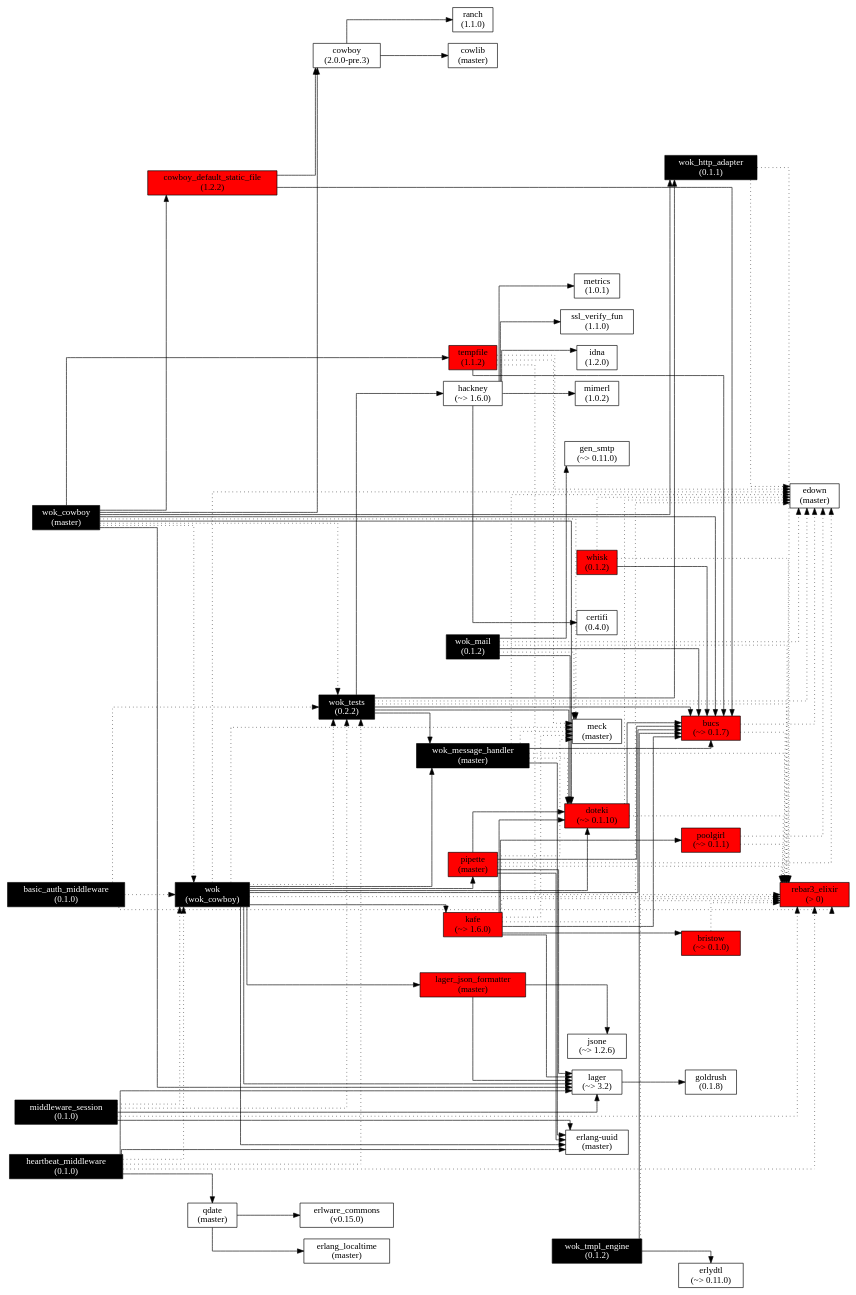
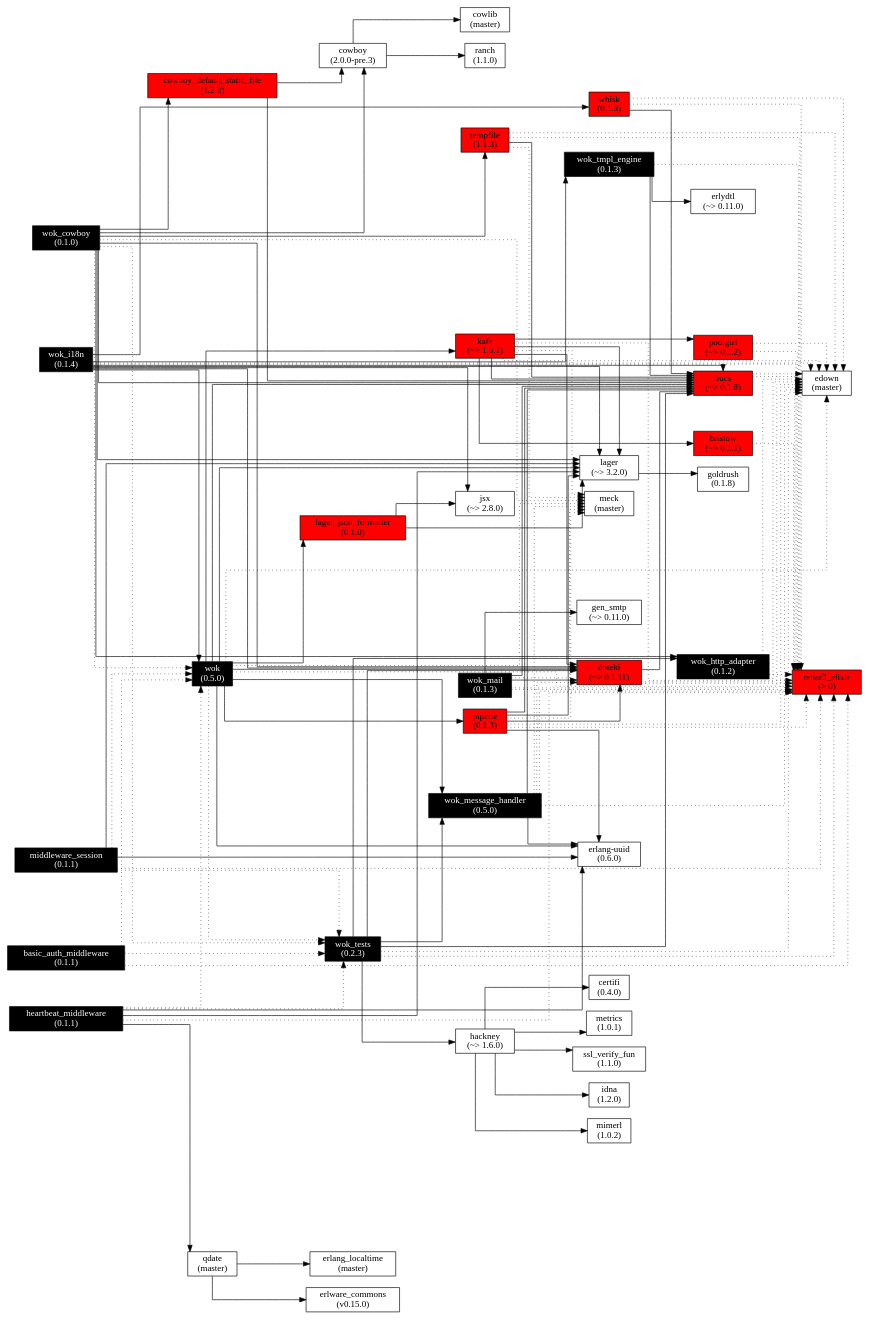
One commit to botsunit/wok changed the diagram in images/wok.deps.gv. Above: the diagram before and after it, drawn with Graphviz. The commit also changed 2 other files, not shown here.

Commit message:
Update deps graph

```diff
--- a/images/wok.deps.gv
+++ b/images/wok.deps.gv
@@ -1,191 +1,191 @@
 digraph wok_deps {
   node[shape=box];
   graph[
     remincross=true;
     splines=ortho;
     rankdir=LR;
   ]
 
-  wok[label="wok\n(wok_cowboy)", fontcolor="white", style="filled", fillcolor="black"];
-  lager[label="lager\n(~> 3.2)"];
-  lager_json_formatter[label="lager_json_formatter\n(master)", style="filled", fillcolor="red"];
-  wok_http_adapter[label="wok_http_adapter\n(0.1.1)", fontcolor="white", style="filled", fillcolor="black"];
-  wok_message_handler[label="wok_message_handler\n(master)", fontcolor="white", style="filled", fillcolor="black"];
-  pipette[label="pipette\n(master)", style="filled", fillcolor="red"];
-  kafe[label="kafe\n(~> 1.6.0)", style="filled", fillcolor="red"];
+  bristow[label="bristow\n(~> 0.1.1)", style="filled", fillcolor="red"];
+  poolgirl[label="poolgirl\n(~> 0.1.2)", style="filled", fillcolor="red"];
+  bucs[label="bucs\n(~> 0.1.8)", style="filled", fillcolor="red"];
+  wok_http_adapter[label="wok_http_adapter\n(0.1.2)", fontcolor="white", style="filled", fillcolor="black"];
+  wok_tmpl_engine[label="wok_tmpl_engine\n(0.1.3)", fontcolor="white", style="filled", fillcolor="black"];
+  whisk[label="whisk\n(0.1.3)", style="filled", fillcolor="red"];
+  uuid[label="erlang-uuid\n(0.6.0)", fillcolor="red"];
+  doteki[label="doteki\n(~> 0.1.11)", style="filled", fillcolor="red"];
+  kafe[label="kafe\n(~> 1.6.1)", style="filled", fillcolor="red"];
+  pipette[label="pipette\n(0.1.3)", style="filled", fillcolor="red"];
+  wok_message_handler[label="wok_message_handler\n(0.5.0)", fontcolor="white", style="filled", fillcolor="black"];
+  tempfile[label="tempfile\n(1.1.3)", style="filled", fillcolor="red"];
+  wok_mail[label="wok_mail\n(0.1.3)", fontcolor="white", style="filled", fillcolor="black"];
+  lager_json_formatter[label="lager_json_formatter\n(0.1.0)", style="filled", fillcolor="red"];
+  wok_tests[label="wok_tests\n(0.2.3)", fontcolor="white", style="filled", fillcolor="black"];
+
+  wok[label="wok\n(0.5.0)", fontcolor="white", style="filled", fillcolor="black"];
+  cowboy_default_static_file[label="cowboy_default_static_file\n(1.2.3)", style="filled", fillcolor="red"];
+  middleware_session[label="middleware_session\n(0.1.1)", fontcolor="white", style="filled", fillcolor="black"];
+  heartbeat_middleware[label="heartbeat_middleware\n(0.1.1)", fontcolor="white", style="filled", fillcolor="black"];
+  basic_auth_middleware[label="basic_auth_middleware\n(0.1.1)", fontcolor="white", style="filled", fillcolor="black"];
+  wok_i18n[label="wok_i18n\n(0.1.4)", fontcolor="white", style="filled", fillcolor="black"];
+  wok_cowboy[label="wok_cowboy\n(0.1.0)", fontcolor="white", style="filled", fillcolor="black"];
+
+  lager[label="lager\n(~> 3.2.0)"];
   cowboy[label="cowboy\n(2.0.0-pre.3)"];
-  cowboy_default_static_file[label="cowboy_default_static_file\n(1.2.2)", style="filled", fillcolor="red"];
-  bucs[label="bucs\n(~> 0.1.7)", style="filled", fillcolor="red"];
-  doteki[label="doteki\n(~> 0.1.10)", style="filled", fillcolor="red"];
-  uuid[label="erlang-uuid\n(master)"];
-  tempfile[label="tempfile\n(1.1.2)", style="filled", fillcolor="red"];
   rebar3_elixir[label="rebar3_elixir\n(> 0)", style="filled", fillcolor="red"];
-  wok_tests[label="wok_tests\n(0.2.2)", fontcolor="white", style="filled", fillcolor="black"];
   meck[label="meck\n(master)"];
   edown[label="edown\n(master)"];
   goldrush[label="goldrush\n(0.1.8)"];
-  // jsx[label="jsx\n(~> 2.6)"];
-  jsone[label="jsone\n(~> 1.2.6)"];
-  poolgirl[label="poolgirl\n(~> 0.1.1)", style="filled", fillcolor="red"];
-  bristow[label="bristow\n(~> 0.1.0)", style="filled", fillcolor="red"];
+  jsx[label="jsx\n(~> 2.8.0)"];
   cowlib[label="cowlib\n(master)"];
   ranch[label="ranch\n(1.1.0)"];
   hackney[label="hackney\n(~> 1.6.0)"];
   idna[label="idna\n(1.2.0)"];
   mimerl[label="mimerl\n(1.0.2)"];
   certifi[label="certifi\n(0.4.0)"];
   metrics[label="metrics\n(1.0.1)"];
   ssl_verify_fun[label="ssl_verify_fun\n(1.1.0)"];
-  wok_mail[label="wok_mail\n(0.1.2)", fontcolor="white", style="filled", fillcolor="black"];
   gen_smtp[label="gen_smtp\n(~> 0.11.0)"];
-  // wok_i18n[label="wok_i18n\n(0.1.3)", fontcolor="white", style="filled", fillcolor="black"];
-  wok_tmpl_engine[label="wok_tmpl_engine\n(0.1.2)", fontcolor="white", style="filled", fillcolor="black"];
-  whisk[label="whisk\n(0.1.2)", style="filled", fillcolor="red"];
   erlydtl[label="erlydtl\n(~> 0.11.0)"];
-  basic_auth_middleware[label="basic_auth_middleware\n(0.1.0)", fontcolor="white", style="filled", fillcolor="black"];
-  middleware_session[label="middleware_session\n(0.1.0)", fontcolor="white", style="filled", fillcolor="black"];
-  heartbeat_middleware[label="heartbeat_middleware\n(0.1.0)", fontcolor="white", style="filled", fillcolor="black"];
   qdate[label="qdate\n(master)"];
   erlware_commons[label="erlware_commons\n(v0.15.0)"];
   erlang_localtime[label="erlang_localtime\n(master)"];
-  wok_cowboy[label="wok_cowboy\n(master)", fontcolor="white", style="filled", fillcolor="black"];
 
   wok -> lager;
   wok -> lager_json_formatter
   wok -> wok_message_handler;
   wok -> pipette;
   wok -> kafe;
   wok -> bucs;
   wok -> doteki;
   wok -> uuid;
   wok-> rebar3_elixir[style=dotted];
   wok -> meck[style=dotted];
   wok -> wok_tests[style=dotted];
   wok -> edown[style=dotted];
 
   wok_cowboy -> lager;
   wok_cowboy -> wok_http_adapter;
   wok_cowboy -> cowboy;
   wok_cowboy -> cowboy_default_static_file;
   wok_cowboy -> bucs;
   wok_cowboy -> doteki;
   wok_cowboy -> tempfile;
   wok_cowboy -> meck[style=dotted];
   wok_cowboy -> wok_tests[style=dotted];
   wok_cowboy -> wok[style=dotted];
 
   lager -> goldrush;
 
   lager_json_formatter -> lager;
-  //lager_json_formatter -> jsx;
-  lager_json_formatter -> jsone;
+  lager_json_formatter -> jsx;
 
   wok_http_adapter -> edown[style=dotted];
   wok_http_adapter -> rebar3_elixir[style=dotted];
 
   wok_message_handler -> bucs;
   wok_message_handler -> uuid;
   wok_message_handler -> meck[style=dotted];
   wok_message_handler -> doteki[style=dotted];
   wok_message_handler -> edown[style=dotted];
   wok_message_handler -> rebar3_elixir[style=dotted];
 
   pipette -> lager;
   pipette -> bucs;
   pipette -> doteki;
   pipette -> uuid;
   pipette -> meck[style=dotted];
   pipette -> edown[style=dotted];
   pipette -> rebar3_elixir[style=dotted];
 
   kafe -> lager;
   kafe -> bucs;
   kafe -> doteki;
   kafe -> poolgirl;
   kafe -> bristow;
   kafe -> meck[style=dotted];
   kafe -> edown[style=dotted];
   kafe -> rebar3_elixir[style=dotted];
 
   bristow -> rebar3_elixir[style=dotted];
 
   cowboy -> cowlib;
   cowboy -> ranch;
 
   cowboy_default_static_file -> bucs;
   cowboy_default_static_file -> cowboy;
 
   bucs -> edown[style=dotted];
   bucs -> rebar3_elixir[style=dotted];
 
   doteki -> bucs;
   doteki -> edown[style=dotted];
   doteki -> rebar3_elixir[style=dotted];
 
   tempfile -> bucs;
   tempfile -> meck[style=dotted];
   tempfile -> edown[style=dotted];
   tempfile -> rebar3_elixir[style=dotted];
 
   wok_tests -> bucs;
   wok_tests -> wok_http_adapter;
   wok_tests -> wok_message_handler;
   wok_tests -> doteki;
   wok_tests -> hackney;
   wok_tests -> edown[style=dotted];
   wok_tests -> rebar3_elixir[style=dotted];
 
   poolgirl -> edown[style=dotted];
   poolgirl -> rebar3_elixir[style=dotted];
 
   hackney -> idna;
   hackney -> mimerl;
   hackney -> certifi;
   hackney -> metrics;
   hackney -> ssl_verify_fun;
 
   wok_mail -> bucs;
   wok_mail -> doteki;
   wok_mail -> gen_smtp;
   wok_mail -> meck[style=dotted];
   wok_mail -> edown[style=dotted];
   wok_mail -> rebar3_elixir[style=dotted];
 
-  // wok_i18n -> jsx;
-  // wok_i18n -> lager;
-  // wok_i18n -> wok_tmpl_engine;
-  // wok_i18n -> whisk;
-  // wok_i18n -> wok;
-  // wok_i18n -> bucs;
-  // wok_i18n -> doteki;
-  // wok_i18n -> edown[style=dotted];
-  // wok_i18n -> rebar3_elixir[style=dotted];
+  wok_i18n -> jsx;
+  wok_i18n -> lager;
+  wok_i18n -> wok_tmpl_engine;
+  wok_i18n -> whisk;
+  wok_i18n -> wok;
+  wok_i18n -> bucs;
+  wok_i18n -> doteki;
+  wok_i18n -> edown[style=dotted];
+  wok_i18n -> rebar3_elixir[style=dotted];
 
   wok_tmpl_engine -> bucs;
   wok_tmpl_engine -> erlydtl;
   wok_tmpl_engine -> rebar3_elixir[style=dotted];
 
   whisk -> bucs;
   whisk -> edown[style=dotted];
   whisk -> rebar3_elixir[style=dotted];
 
   basic_auth_middleware -> wok[style=dotted];
   basic_auth_middleware -> wok_tests[style=dotted];
   basic_auth_middleware -> rebar3_elixir[style=dotted];
 
   middleware_session -> lager;
   middleware_session -> uuid;
   middleware_session -> wok[style=dotted];
   middleware_session -> wok_tests[style=dotted];
   middleware_session -> rebar3_elixir[style=dotted];
 
   heartbeat_middleware -> lager;
   heartbeat_middleware -> uuid;
   heartbeat_middleware -> qdate;
   heartbeat_middleware -> wok[style=dotted];
   heartbeat_middleware -> wok_tests[style=dotted];
   heartbeat_middleware -> rebar3_elixir[style=dotted];
 
   qdate -> erlware_commons;
   qdate -> erlang_localtime;
 }
```
